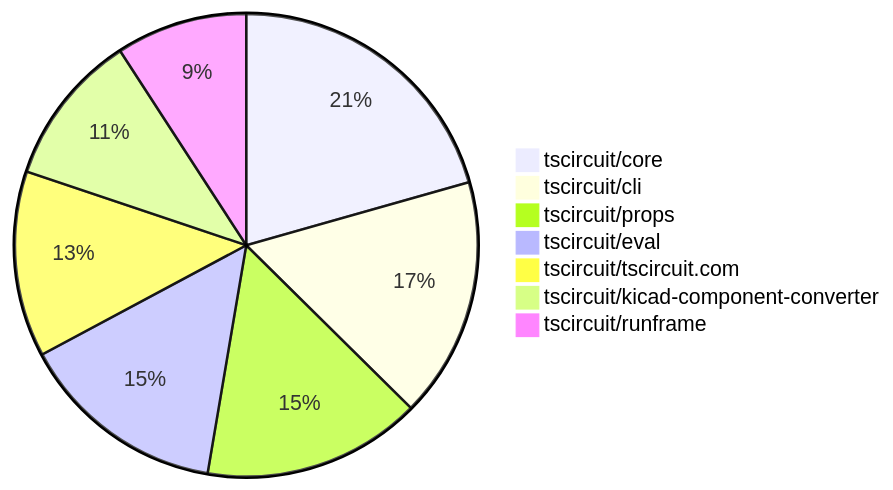
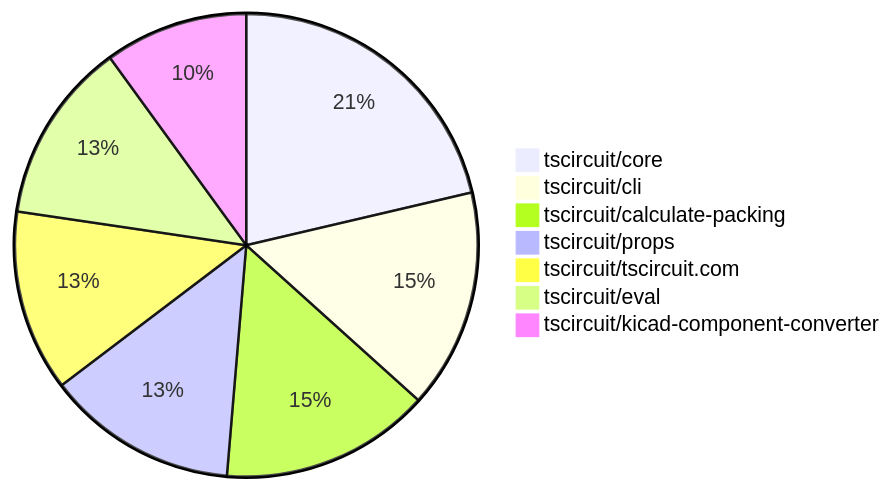
Before and after one commit to tscircuit/contribution-tracker: the second of 2 diagrams in README.md, drawn with Mermaid. The commit also changed other lines of this file and 3 other files, not shown here.

````diff
--- a/README.md
+++ b/README.md
@@ -114,10 +122,10 @@
 ```mermaid
 pie
-    "tscircuit/core" : 27
-    "tscircuit/cli" : 22
+    "tscircuit/core" : 32
+    "tscircuit/cli" : 23
+    "tscircuit/calculate-packing" : 22
     "tscircuit/props" : 20
+    "tscircuit/tscircuit.com" : 19
     "tscircuit/eval" : 19
-    "tscircuit/tscircuit.com" : 17
-    "tscircuit/kicad-component-converter" : 14
-    "tscircuit/runframe" : 12
+    "tscircuit/kicad-component-converter" : 15
 ```
````
